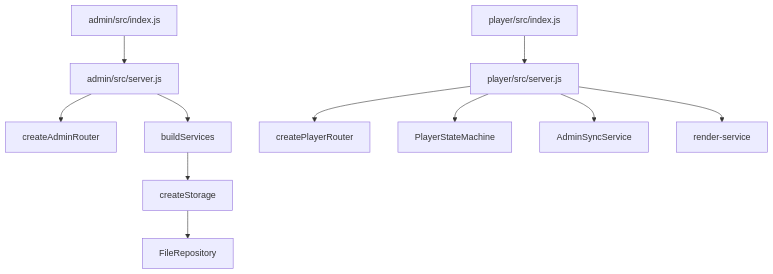
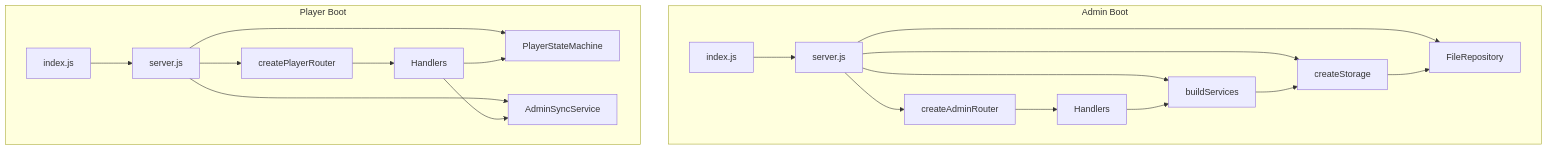
The third of 6 diagrams in docs/architecture/overview.md (fergouchyahya/IDS), drawn with Mermaid before and after one commit. The commit also changed other lines of this file and 14 other files, not shown here.

````diff
--- a/docs/architecture/overview.md
+++ b/docs/architecture/overview.md
@@ -55,14 +93,23 @@
 ```mermaid
 flowchart TD
-    A[admin/src/index.js] --> B[admin/src/server.js]
-    B --> C[createAdminRouter]
-    B --> D[buildServices]
-    D --> E[createStorage]
-    E --> F[FileRepository]
+    subgraph Admin Boot
+        AI[index.js] --> AS[server.js]
+        AS --> FR[FileRepository]
+        AS --> ST[createStorage]
+        AS --> SV[buildServices]
+        AS --> AR[createAdminRouter]
+        AR --> AH[Handlers]
+        AH --> SV
+        SV --> ST --> FR
+    end
 
-    G[player/src/index.js] --> H[player/src/server.js]
-    H --> I[createPlayerRouter]
-    H --> J[PlayerStateMachine]
-    H --> K[AdminSyncService]
-    H --> L[render-service]
+    subgraph Player Boot
+        PI[index.js] --> PS[server.js]
+        PS --> PSM[PlayerStateMachine]
+        PS --> SYNC[AdminSyncService]
+        PS --> PR[createPlayerRouter]
+        PR --> PH[Handlers]
+        PH --> PSM
+        PH --> SYNC
+    end
 ```
````
